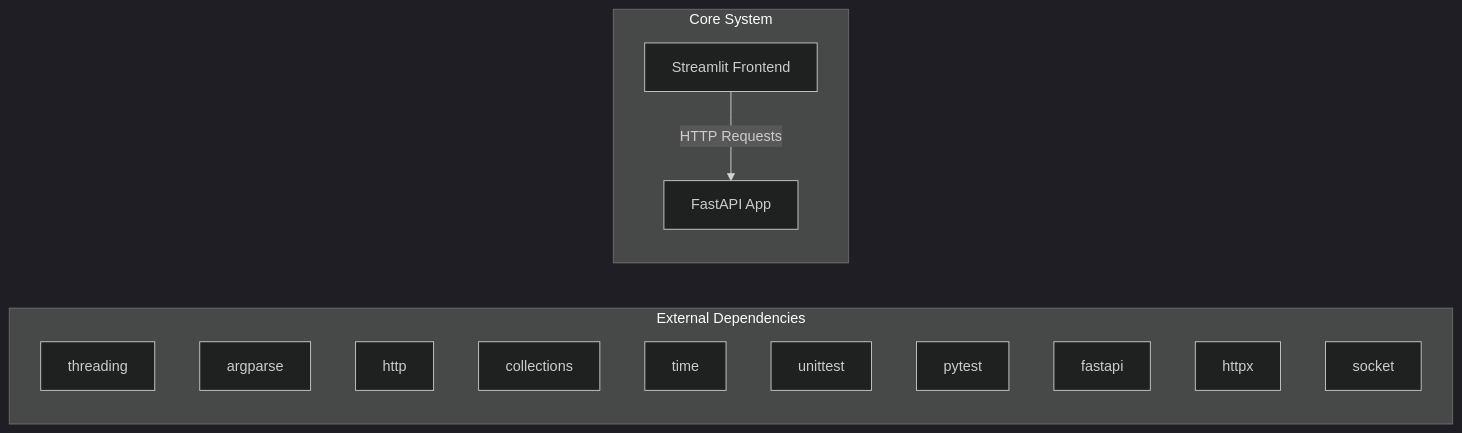
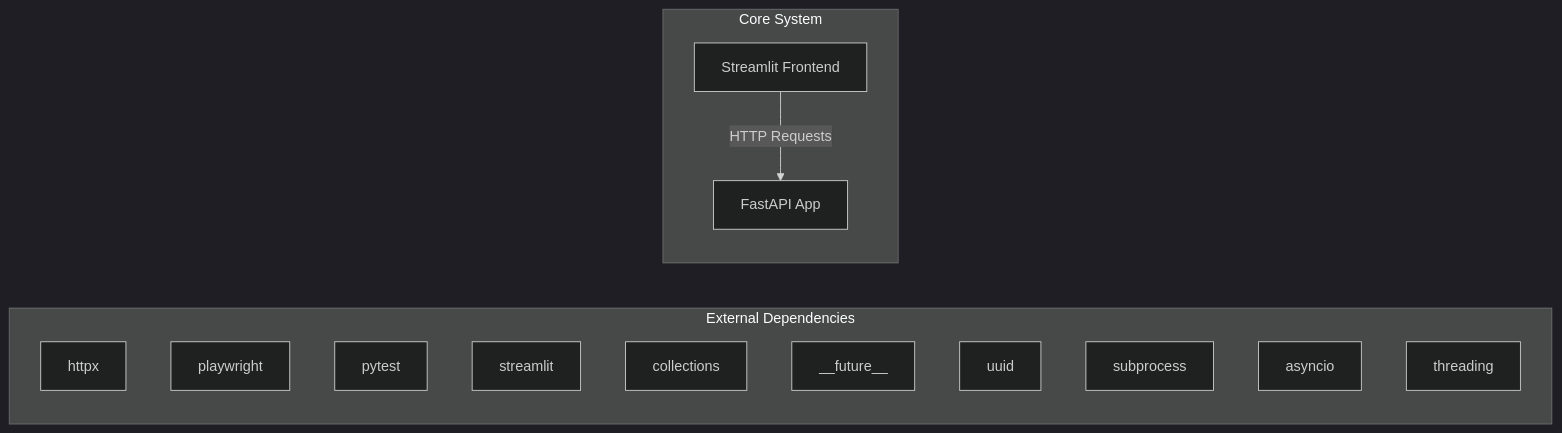
Before and after one commit to NITISH-R-G/rag-context-optimizer: the first of 2 diagrams in docs/architecture.md, drawn with Mermaid (dark theme). The commit also changed 1 other file, not shown here.

Commit message:
docs: auto-update repository knowledge, architecture diagrams, and documentation

````diff
--- a/docs/architecture.md
+++ b/docs/architecture.md
@@ -7,20 +7,20 @@
 ```mermaid
 graph LR
     subgraph External Dependencies
-        E0["threading"]
-        E1["argparse"]
-        E2["http"]
-        E3["collections"]
-        E4["time"]
-        E5["unittest"]
-        E6["pytest"]
-        E7["fastapi"]
-        E8["httpx"]
-        E9["socket"]
+        E0["httpx"]
+        E1["playwright"]
+        E2["pytest"]
+        E3["streamlit"]
+        E4["collections"]
+        E5["__future__"]
+        E6["uuid"]
+        E7["subprocess"]
+        E8["asyncio"]
+        E9["threading"]
     end
     subgraph Core System
         API["FastAPI App"]
         UI["Streamlit Frontend"]
     end
     UI -->|HTTP Requests| API
 ```
````
